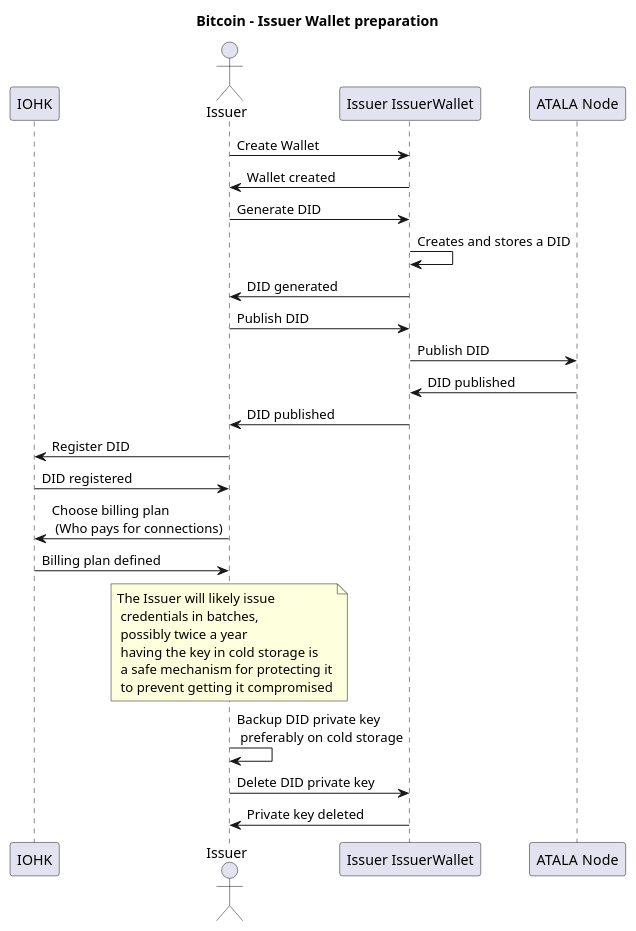
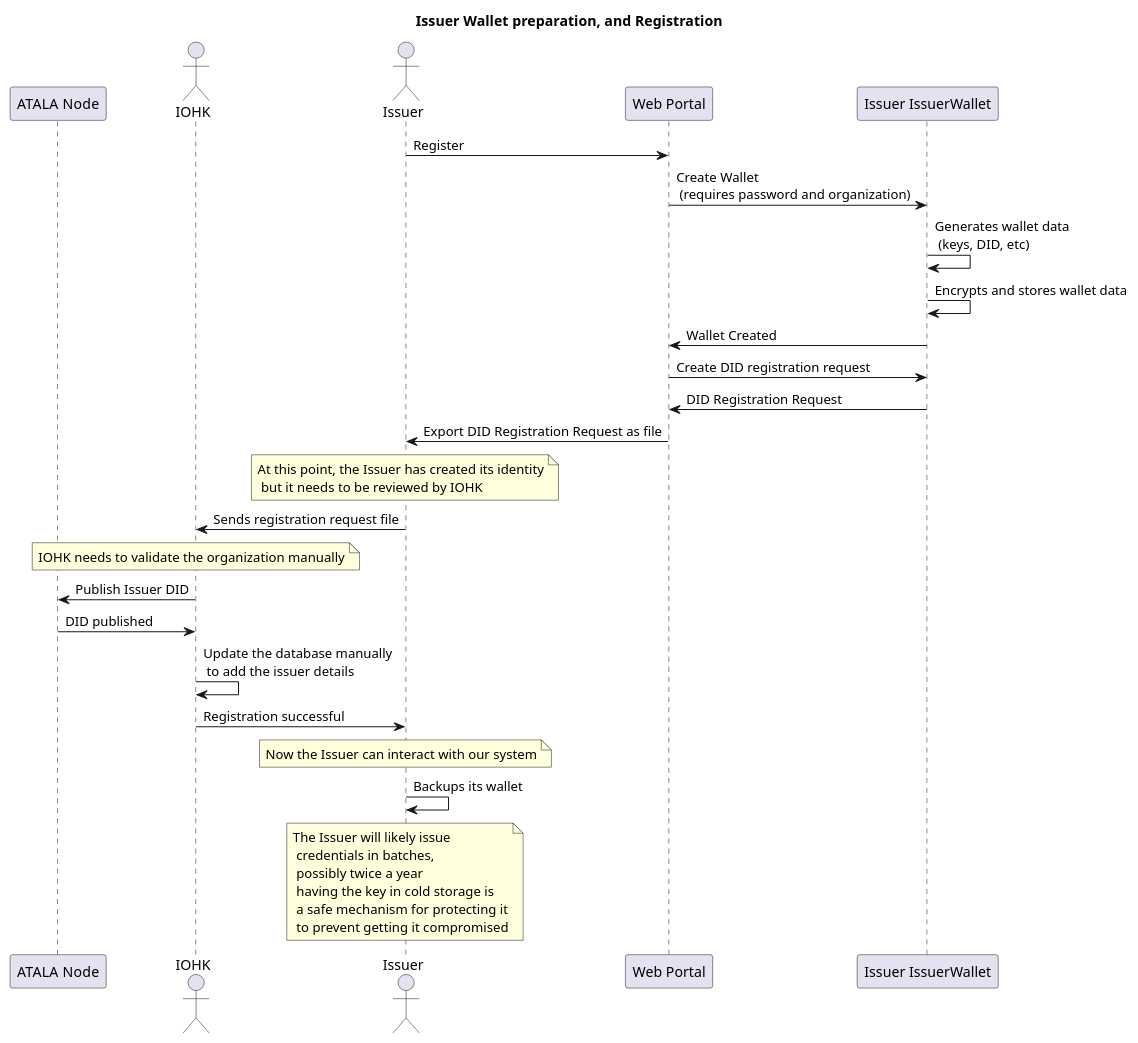
One commit to input-output-hk/atala-prism changed the diagram in credentials-verification/docs/bitcoin/diagrams/university-wallet-preparation.puml. Above: the diagram before and after it, drawn with PlantUML. The commit also changed 1 other file, not shown here.

Commit message:
ATA-1814: Update the issuer registration flow

```diff
--- a/credentials-verification/docs/bitcoin/diagrams/university-wallet-preparation.puml
+++ b/credentials-verification/docs/bitcoin/diagrams/university-wallet-preparation.puml
@@ -1,31 +1,29 @@
 @startuml
-title Bitcoin - Issuer Wallet preparation
+title Issuer Wallet preparation, and Registration
 
-participant IOHK
+participant "ATALA Node" as AtalaNode
+actor IOHK
 actor Issuer
+participant "Web Portal" as WebPortal
 participant "Issuer IssuerWallet" as IssuerWallet
-participant "ATALA Node" as AtalaNode
 
-Issuer -> IssuerWallet : Create Wallet
-IssuerWallet -> Issuer : Wallet created
+Issuer -> WebPortal : Register
+WebPortal -> IssuerWallet : Create Wallet\n (requires password and organization)
+IssuerWallet -> IssuerWallet : Generates wallet data\n (keys, DID, etc)
+IssuerWallet -> IssuerWallet : Encrypts and stores wallet data
+IssuerWallet -> WebPortal : Wallet Created
+WebPortal -> IssuerWallet : Create DID registration request
+IssuerWallet -> WebPortal : DID Registration Request
+WebPortal -> Issuer : Export DID Registration Request as file
+note over Issuer : At this point, the Issuer has created its identity\n but it needs to be reviewed by IOHK
 
-Issuer -> IssuerWallet : Generate DID
-IssuerWallet -> IssuerWallet : Creates and stores a DID
-IssuerWallet -> Issuer : DID generated
-
-Issuer -> IssuerWallet : Publish DID
-IssuerWallet -> AtalaNode : Publish DID
-AtalaNode -> IssuerWallet : DID published
-IssuerWallet -> Issuer : DID published
-
-Issuer -> IOHK : Register DID
-IOHK -> Issuer : DID registered
-
-Issuer -> IOHK : Choose billing plan\n (Who pays for connections)
-IOHK -> Issuer : Billing plan defined
-
+Issuer -> IOHK : Sends registration request file
+note over IOHK : IOHK needs to validate the organization manually
+IOHK -> AtalaNode : Publish Issuer DID
+AtalaNode -> IOHK : DID published
+IOHK -> IOHK : Update the database manually\n to add the issuer details
+IOHK -> Issuer : Registration successful
+note over Issuer : Now the Issuer can interact with our system
+Issuer -> Issuer : Backups its wallet
 note over Issuer : The Issuer will likely issue\n credentials in batches,\n possibly twice a year\n having the key in cold storage is\n a safe mechanism for protecting it\n to prevent getting it compromised
-Issuer -> Issuer : Backup DID private key\n preferably on cold storage
-Issuer -> IssuerWallet : Delete DID private key
-IssuerWallet -> Issuer : Private key deleted
 @enduml
```
